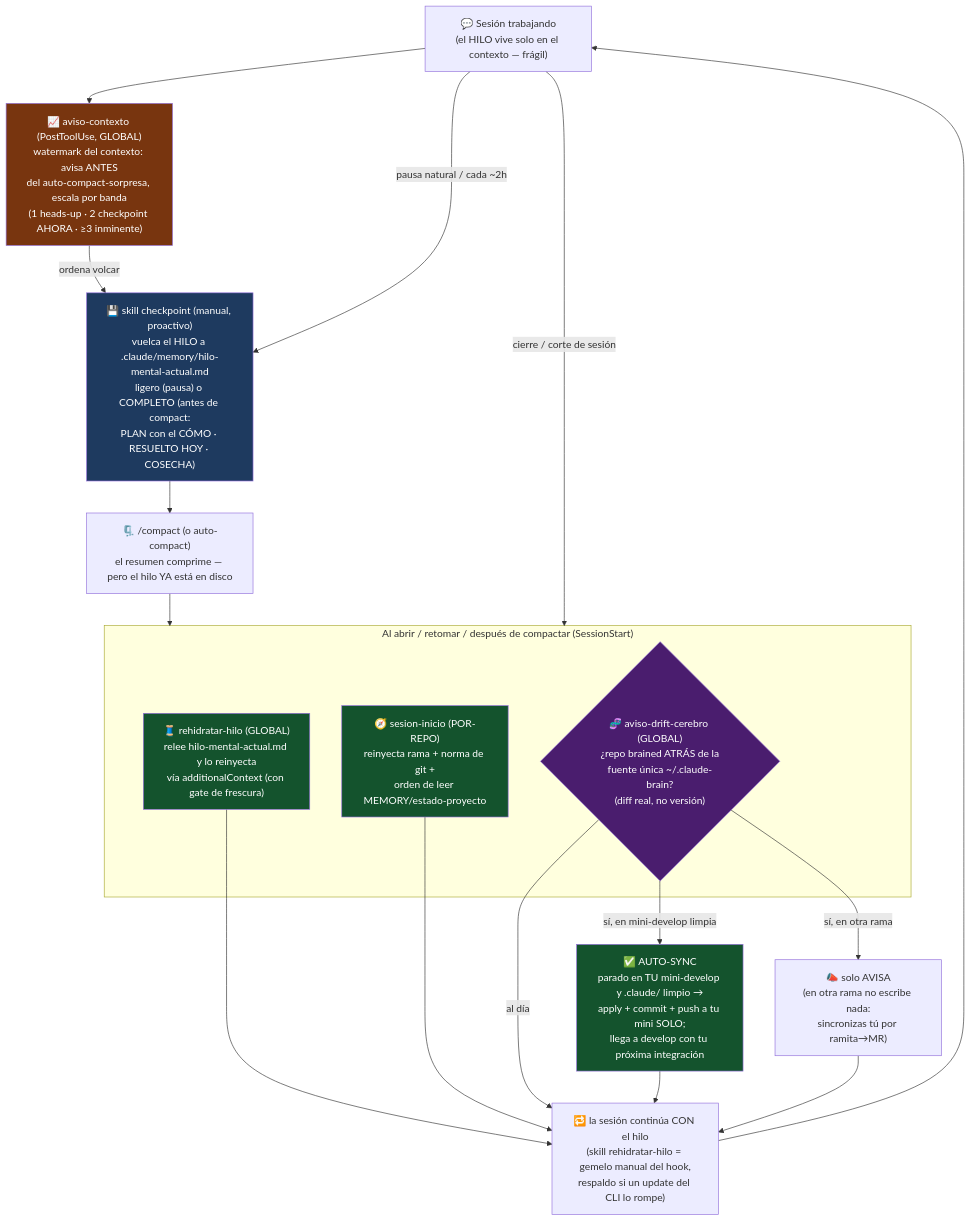
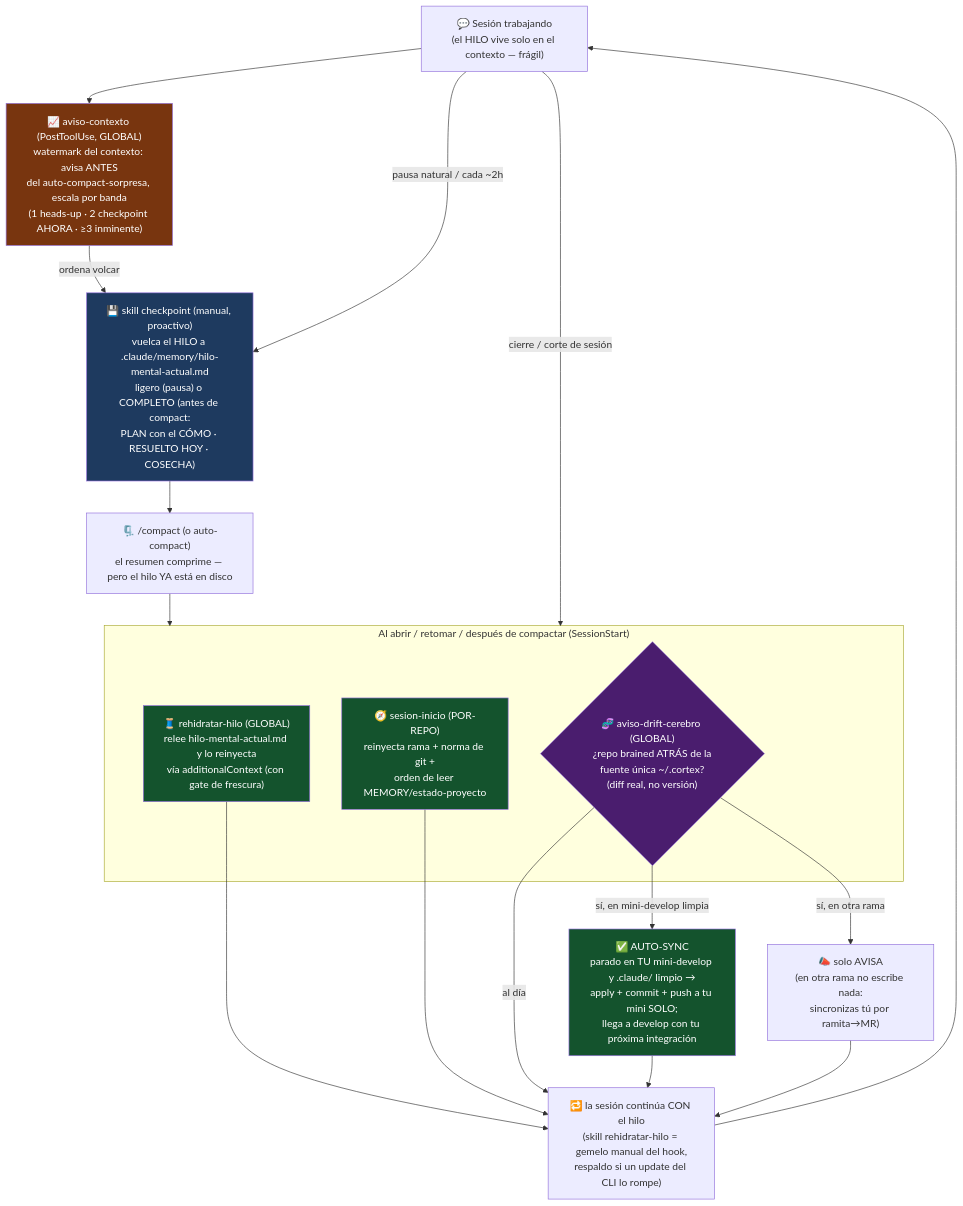
The second of 4 diagrams in docs/mapa-cerebro.md (unjordi/cortex), drawn with Mermaid before and after one commit. The commit also changed 114 other files, not shown here.

First line of the commit message:
chore(rename): claude-brain → cortex (des-branding por marca)

````diff
--- a/docs/mapa-cerebro.md
+++ b/docs/mapa-cerebro.md
@@ -86,39 +86,39 @@
 ```mermaid
 flowchart TB
     TRABAJO["💬 Sesión trabajando<br/>(el HILO vive solo en el contexto — frágil)"]
     AC["📈 aviso-contexto (PostToolUse, GLOBAL)<br/>watermark del contexto: avisa ANTES<br/>del auto-compact-sorpresa, escala por banda<br/>(1 heads-up · 2 checkpoint AHORA · ≥3 inminente)"]
     CP["💾 skill checkpoint (manual, proactivo)<br/>vuelca el HILO a .claude/memory/hilo-mental-actual.md<br/>ligero (pausa) o COMPLETO (antes de compact:<br/>PLAN con el CÓMO · RESUELTO HOY · COSECHA)"]
     COMPACT["🗜️ /compact (o auto-compact)<br/>el resumen comprime — pero el hilo YA está en disco"]
 
     subgraph retomar["Al abrir / retomar / después de compactar (SessionStart)"]
         RH["🧵 rehidratar-hilo (GLOBAL)<br/>relee hilo-mental-actual.md y lo reinyecta<br/>vía additionalContext (con gate de frescura)"]
         SI["🧭 sesion-inicio (POR-REPO)<br/>reinyecta rama + norma de git +<br/>orden de leer MEMORY/estado-proyecto"]
-        DRIFT{"🧬 aviso-drift-cerebro (GLOBAL)<br/>¿repo brained ATRÁS de la<br/>fuente única ~/.claude-brain?<br/>(diff real, no versión)"}
+        DRIFT{"🧬 aviso-drift-cerebro (GLOBAL)<br/>¿repo brained ATRÁS de la<br/>fuente única ~/.cortex?<br/>(diff real, no versión)"}
     end
 
     SYNC["✅ AUTO-SYNC<br/>parado en TU mini-develop y .claude/ limpio →<br/>apply + commit + push a tu mini SOLO;<br/>llega a develop con tu próxima integración"]
     AVISA["📣 solo AVISA<br/>(en otra rama no escribe nada:<br/>sincronizas tú por ramita→MR)"]
     SIGUE["🔁 la sesión continúa CON el hilo<br/>(skill rehidratar-hilo = gemelo manual del hook,<br/>respaldo si un update del CLI lo rompe)"]
 
     TRABAJO --> AC
     AC -->|"ordena volcar"| CP
     TRABAJO -->|"pausa natural / cada ~2h"| CP
     CP --> COMPACT
     COMPACT --> retomar
     TRABAJO -->|"cierre / corte de sesión"| retomar
     RH --> SIGUE
     SI --> SIGUE
     DRIFT -->|"sí, en mini-develop limpia"| SYNC
     DRIFT -->|"sí, en otra rama"| AVISA
     DRIFT -->|"al día"| SIGUE
     SYNC --> SIGUE
     AVISA --> SIGUE
     SIGUE --> TRABAJO
 
     style CP fill:#1e3a5f,color:#fff
     style RH fill:#14532d,color:#fff
     style SI fill:#14532d,color:#fff
     style AC fill:#78350f,color:#fff
     style DRIFT fill:#4a1d6e,color:#fff
     style SYNC fill:#14532d,color:#fff
 ```
````
